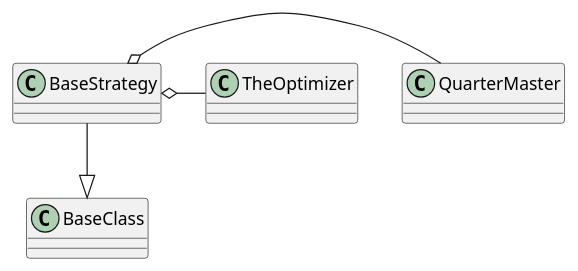
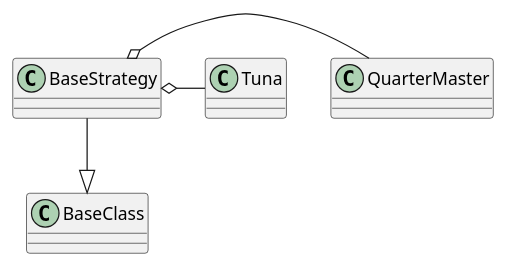
The diagram in tuna/infrastructure/arguments/basestrategy.rst (russell-n/thetuna), drawn with PlantUML before and after one commit. The commit also changed other lines of this file and 54 other files, not shown here.

```diff
--- a/tuna/infrastructure/arguments/basestrategy.rst
+++ b/tuna/infrastructure/arguments/basestrategy.rst
@@ -27,5 +26,5 @@
 .. uml::
 
    BaseStrategy o- QuarterMaster
-   BaseStrategy o- TheOptimizer
+   BaseStrategy o- Tuna
    BaseStrategy --|> BaseClass
```
